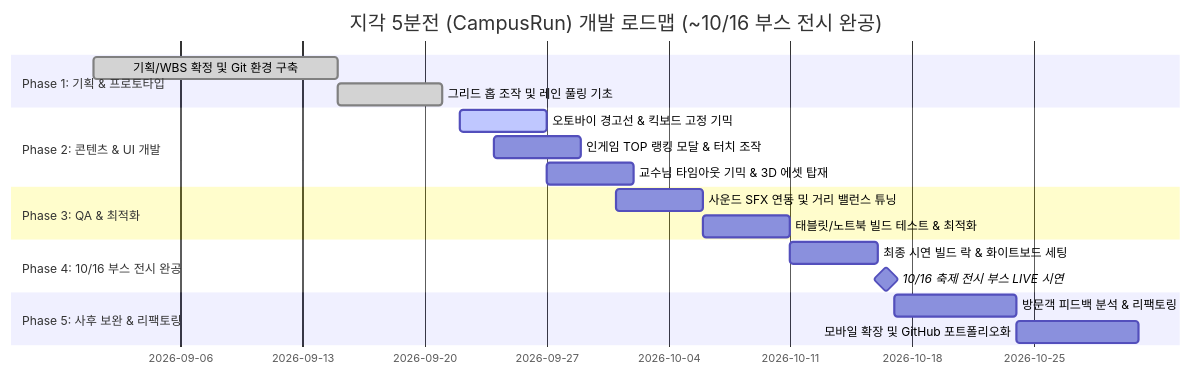
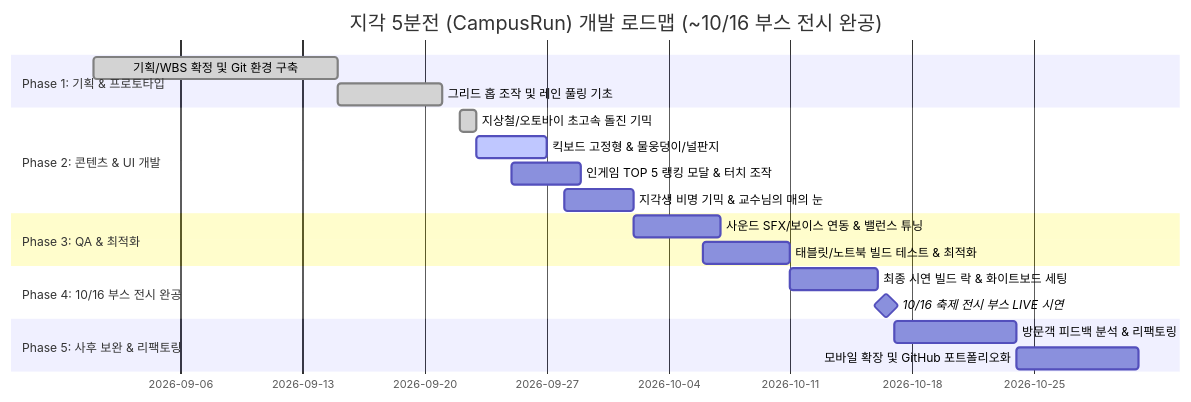
One commit to kang3019/CampusRun changed the diagram in .planning/02-wbs.md. Above: the diagram before and after it, drawn with Mermaid. The commit also changed other lines of this file and 5 other files, not shown here.

````diff
--- a/.planning/02-wbs.md
+++ b/.planning/02-wbs.md
@@ -77,21 +82,22 @@
 ```mermaid
 gantt
     title 지각 5분전 (CampusRun) 개발 로드맵 (~10/16 부스 전시 완공)
     dateFormat  YYYY-MM-DD
     section Phase 1: 기획 & 프로토타입
     기획/WBS 확정 및 Git 환경 구축    :done, 2026-09-01, 14d
     그리드 홉 조작 및 레인 풀링 기초 :done, 2026-09-15, 6d
     section Phase 2: 콘텐츠 & UI 개발
-    오토바이 경고선 & 킥보드 고정 기믹 :active, 2026-09-22, 5d
-    인게임 TOP 랭킹 모달 & 터치 조작  :2026-09-24, 5d
-    교수님 타임아웃 기믹 & 3D 에셋 탑재 :2026-09-27, 5d
+    지상철/오토바이 초고속 돌진 기믹 :done, 2026-09-22, 1d
+    킥보드 고정형 & 물웅덩이/널판지   :active, 2026-09-23, 4d
+    인게임 TOP 5 랭킹 모달 & 터치 조작 :2026-09-25, 4d
+    지각생 비명 기믹 & 교수님의 매의 눈 :2026-09-28, 4d
     section Phase 3: QA & 최적화
-    사운드 SFX 연동 및 거리 밸런스 튜닝 :2026-10-01, 5d
+    사운드 SFX/보이스 연동 & 밸런스 튜닝 :2026-10-02, 5d
     태블릿/노트북 빌드 테스트 & 최적화   :2026-10-06, 5d
     section Phase 4: 10/16 부스 전시 완공
     최종 시연 빌드 락 & 화이트보드 세팅 :2026-10-11, 5d
     10/16 축제 전시 부스 LIVE 시연   :milestone, 2026-10-16, 1d
     section Phase 5: 사후 보완 & 리팩토링
     방문객 피드백 분석 & 리팩토링      :2026-10-17, 7d
     모바일 확장 및 GitHub 포트폴리오화 :2026-10-24, 7d
 ```
````
